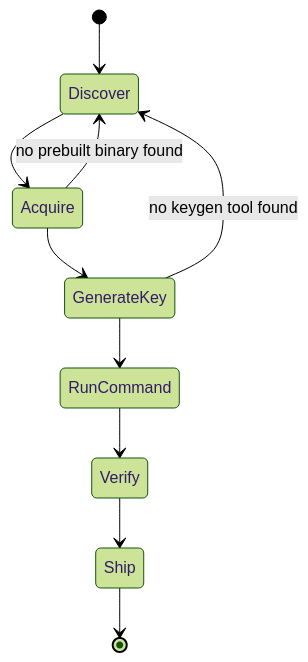
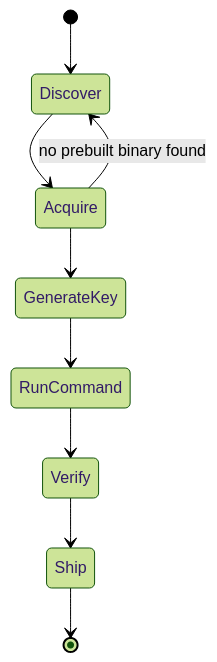
One commit to user137/uacrypt changed the first of 3 diagrams in docs/user-journey-gaps.md. Above: the diagram before and after it, drawn with Mermaid (forest theme). The commit also changed other lines of this file and 4 other files, not shown here.

````diff
--- a/docs/user-journey-gaps.md
+++ b/docs/user-journey-gaps.md
@@ -19,13 +19,12 @@
 ```mermaid
 stateDiagram-v2
     [*] --> Discover
     Discover --> Acquire
     Acquire --> GenerateKey
     GenerateKey --> RunCommand
     RunCommand --> Verify
     Verify --> Ship
     Ship --> [*]
 
     Acquire --> Discover: no prebuilt binary found
-    GenerateKey --> Discover: no keygen tool found
 ```
````
